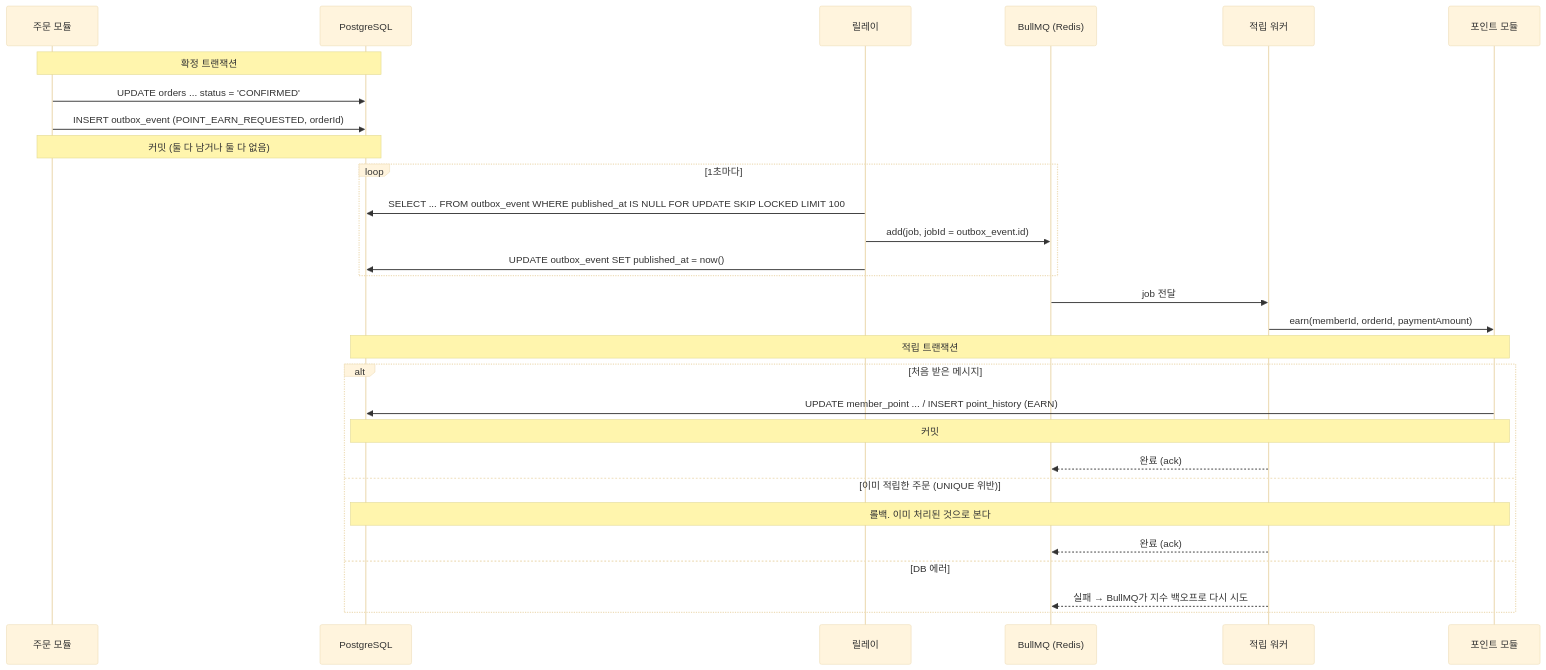
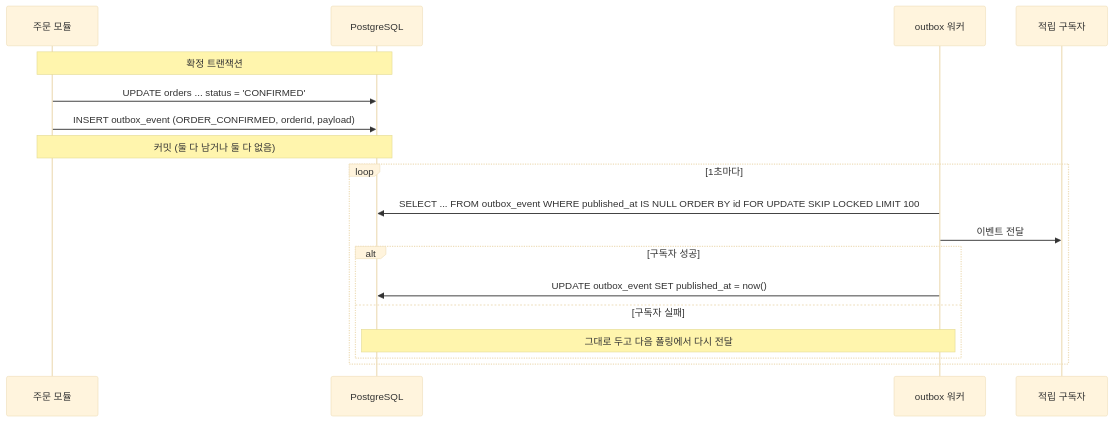
Before and after one commit to KAPUIST/flash-gate: the fifth of 6 diagrams in docs/features/point/flows.md, drawn with Mermaid (base theme). The commit also changed other lines of this file and 25 other files, not shown here.

````diff
--- a/docs/features/point/flows.md
+++ b/docs/features/point/flows.md
@@ -169,34 +202,22 @@
 ```mermaid
 sequenceDiagram
     participant O as 주문 모듈
     participant D as PostgreSQL
-    participant R as 릴레이
-    participant Q as BullMQ (Redis)
-    participant W as 적립 워커
-    participant P as 포인트 모듈
+    participant W as outbox 워커
+    participant S as 적립 구독자
 
     Note over O,D: 확정 트랜잭션
     O->>D: UPDATE orders ... status = 'CONFIRMED'
-    O->>D: INSERT outbox_event (POINT_EARN_REQUESTED, orderId)
+    O->>D: INSERT outbox_event (ORDER_CONFIRMED, orderId, payload)
     Note over O,D: 커밋 (둘 다 남거나 둘 다 없음)
 
     loop 1초마다
-        R->>D: SELECT ... FROM outbox_event WHERE published_at IS NULL FOR UPDATE SKIP LOCKED LIMIT 100
-        R->>Q: add(job, jobId = outbox_event.id)
-        R->>D: UPDATE outbox_event SET published_at = now()
-    end
-
-    Q->>W: job 전달
-    W->>P: earn(memberId, orderId, paymentAmount)
-    Note over P,D: 적립 트랜잭션
-    alt 처음 받은 메시지
-        P->>D: UPDATE member_point ... / INSERT point_history (EARN)
-        Note over P,D: 커밋
-        W-->>Q: 완료 (ack)
-    else 이미 적립한 주문 (UNIQUE 위반)
-        Note over P,D: 롤백. 이미 처리된 것으로 본다
-        W-->>Q: 완료 (ack)
-    else DB 에러
-        W-->>Q: 실패 → BullMQ가 지수 백오프로 다시 시도
+        W->>D: SELECT ... FROM outbox_event WHERE published_at IS NULL ORDER BY id FOR UPDATE SKIP LOCKED LIMIT 100
+        W->>S: 이벤트 전달
+        alt 구독자 성공
+            W->>D: UPDATE outbox_event SET published_at = now()
+        else 구독자 실패
+            Note over W,D: 그대로 두고 다음 폴링에서 다시 전달
+        end
     end
 ```
````
